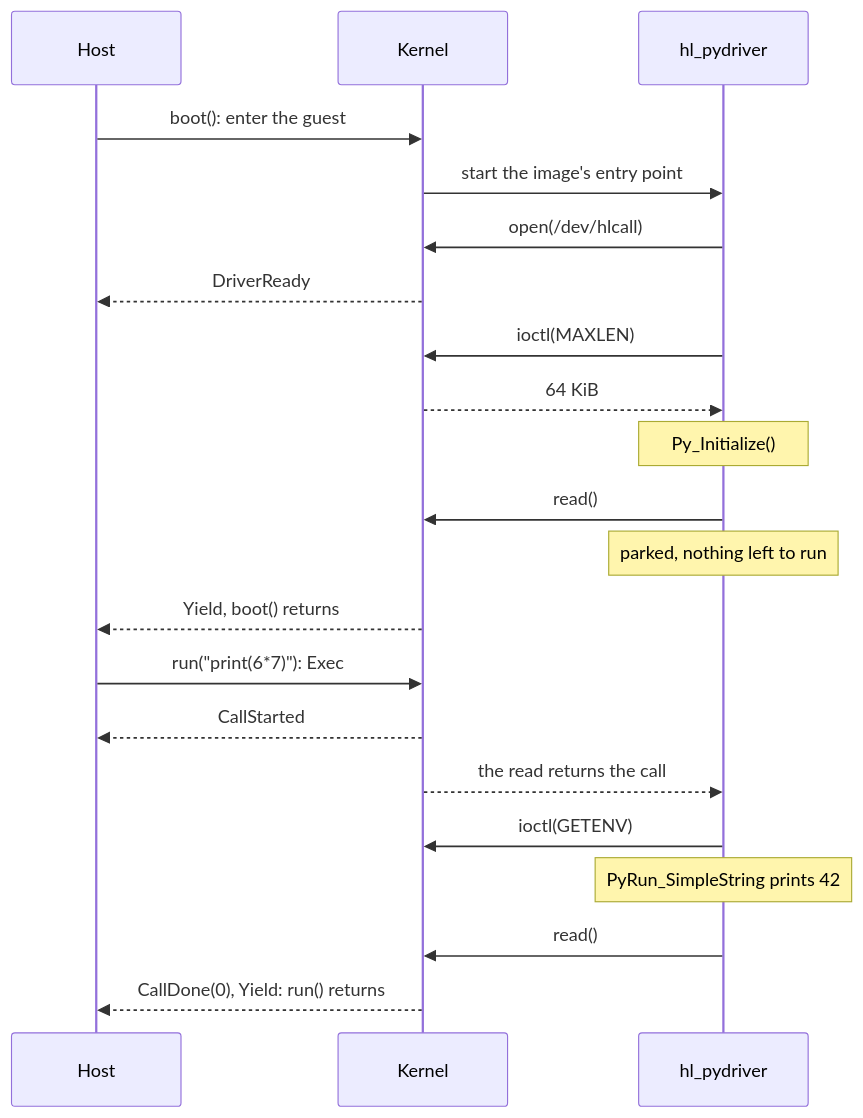
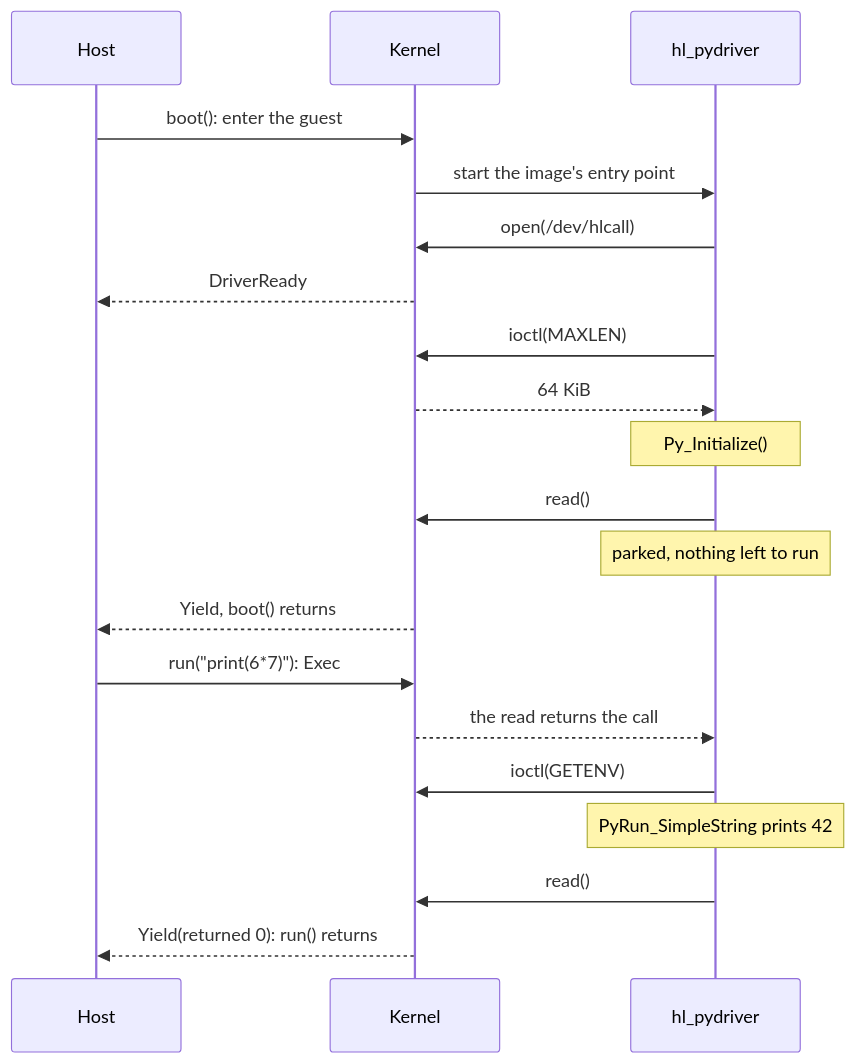
One commit to hyperlight-dev/hyperlight-unikraft changed the diagram in docs/driver.md. Above: the diagram before and after it, drawn with Mermaid. The commit also changed other lines of this file and 9 other files, not shown here.

````diff
--- a/docs/driver.md
+++ b/docs/driver.md
@@ -22,25 +22,24 @@
 ```mermaid
 sequenceDiagram
     participant H as Host
     participant K as Kernel
     participant D as hl_pydriver
 
     H->>K: boot(): enter the guest
     K->>D: start the image's entry point
     D->>K: open(/dev/hlcall)
     K-->>H: DriverReady
     D->>K: ioctl(MAXLEN)
     K-->>D: 64 KiB
     Note over D: Py_Initialize()
     D->>K: read()
     Note over D: parked, nothing left to run
     K-->>H: Yield, boot() returns
 
     H->>K: run("print(6*7)"): Exec
-    K-->>H: CallStarted
     K-->>D: the read returns the call
     D->>K: ioctl(GETENV)
     Note over D: PyRun_SimpleString prints 42
     D->>K: read()
-    K-->>H: CallDone(0), Yield: run() returns
+    K-->>H: Yield(returned 0): run() returns
 ```
````
